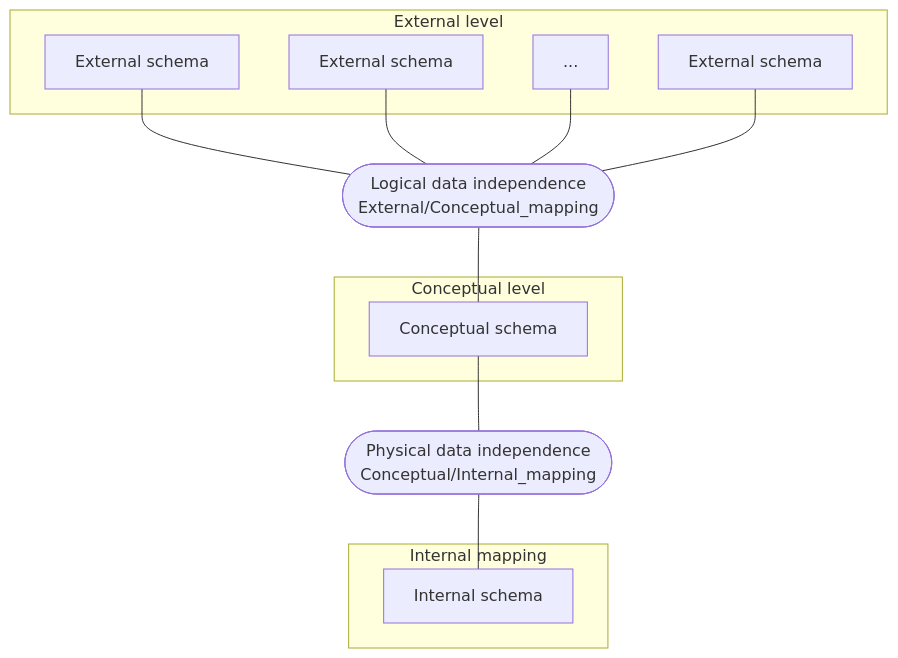
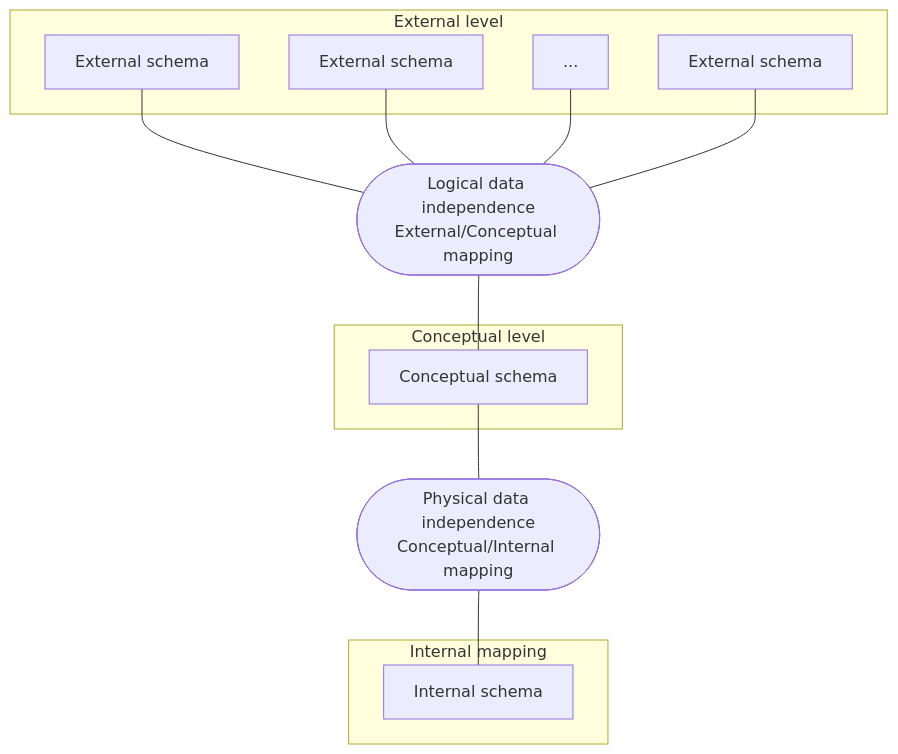
Before and after one commit to InfiniteAstral/notes: the first of 2 diagrams in 计算机科学/数据库原理及应用/1 关系模型/1.1 关系模型.md, drawn with Mermaid. The commit also changed 1 other file, not shown here.

Commit message:
fix: optimize the display effect of mermaid

````diff
--- a/计算机科学/数据库原理及应用/1 关系模型/1.1 关系模型.md
+++ b/计算机科学/数据库原理及应用/1 关系模型/1.1 关系模型.md
@@ -35,24 +35,24 @@
 ```mermaid
 flowchart TB
 subgraph "External level"
   es1["External schema"]
   es2["External schema"]
   dots["..."]
   es3["External schema"]
 end
 subgraph "Conceptual level"
   cs["Conceptual schema"]
 end
 subgraph "Internal mapping"
   is["Internal schema"]
 end
 es1 --- ecm(["Logical data independence
-External/Conceptual_mapping"])
+External/Conceptual mapping"])
 es2 --- ecm
 dots --- ecm
 es3 --- ecm
 ecm --- cs
 cs --- cim(["Physical data independence
-Conceptual/Internal_mapping"])
+Conceptual/Internal mapping"])
 cim --- is
 ```
````
